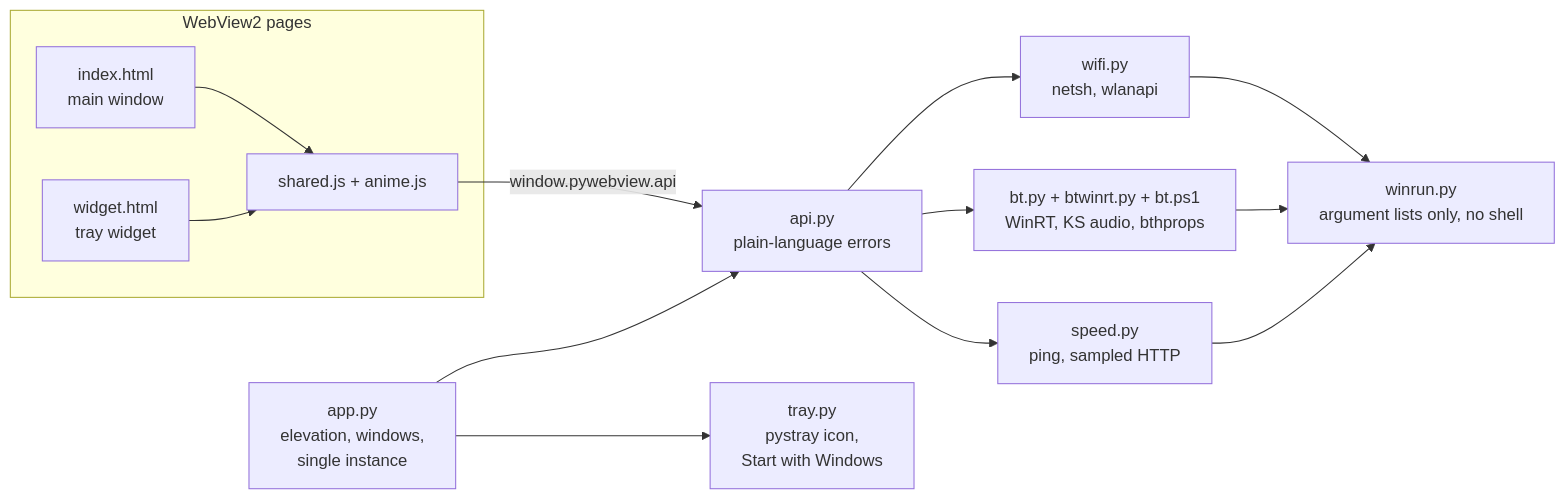
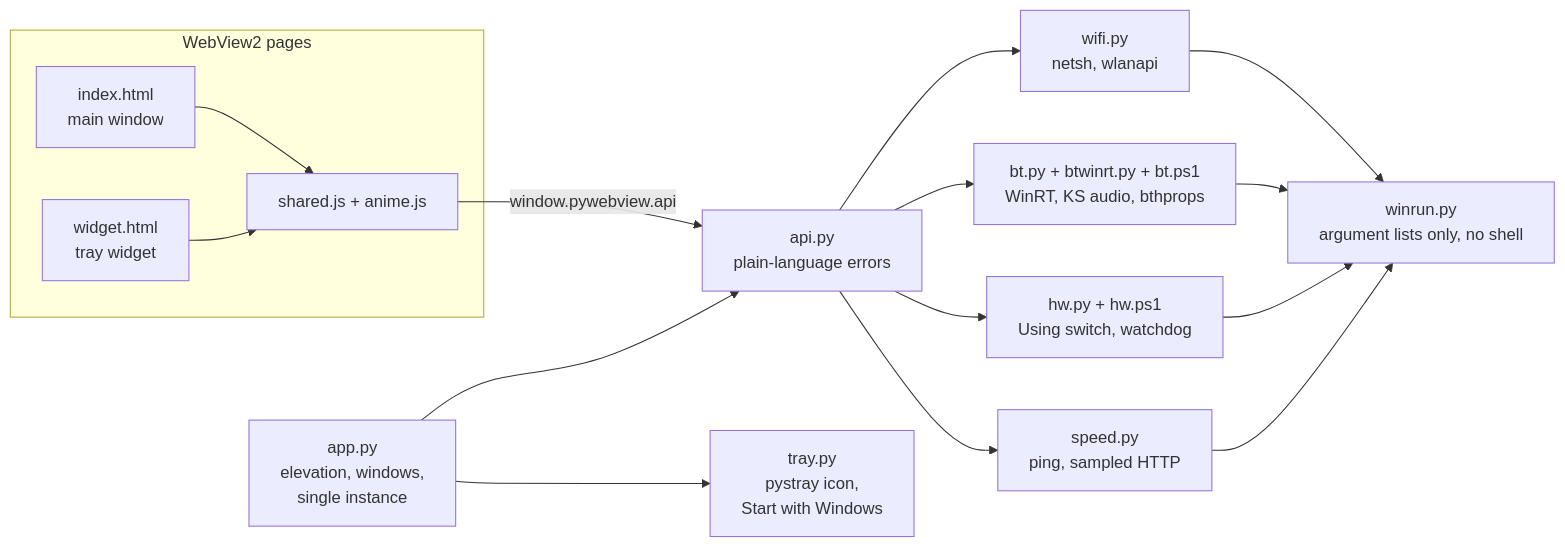
One commit to ApurvDas/unigen-manager changed the diagram in README.md. Above: the diagram before and after it, drawn with Mermaid. The commit also changed other lines of this file and 4 other files, not shown here.

First line of the commit message:
feat: hardware test, README for the Using switch, bundle hw.ps1; fix hw.ps1 device filter

````diff
--- a/README.md
+++ b/README.md
@@ -209,19 +221,21 @@
 ```mermaid
 flowchart LR
     subgraph Pages["WebView2 pages"]
         index["index.html<br/>main window"]
         widget["widget.html<br/>tray widget"]
         shared["shared.js + anime.js"]
     end
     app["app.py<br/>elevation, windows,<br/>single instance"] --> api
     app --> tray["tray.py<br/>pystray icon,<br/>Start with Windows"]
     index --> shared
     widget --> shared
     shared -- "window.pywebview.api" --> api["api.py<br/>plain-language errors"]
     api --> wifi["wifi.py<br/>netsh, wlanapi"]
     api --> bt["bt.py + btwinrt.py + bt.ps1<br/>WinRT, KS audio, bthprops"]
+    api --> hw["hw.py + hw.ps1<br/>Using switch, watchdog"]
     api --> speed["speed.py<br/>ping, sampled HTTP"]
+    hw --> winrun
     wifi --> winrun["winrun.py<br/>argument lists only, no shell"]
     bt --> winrun
     speed --> winrun
 ```
````
